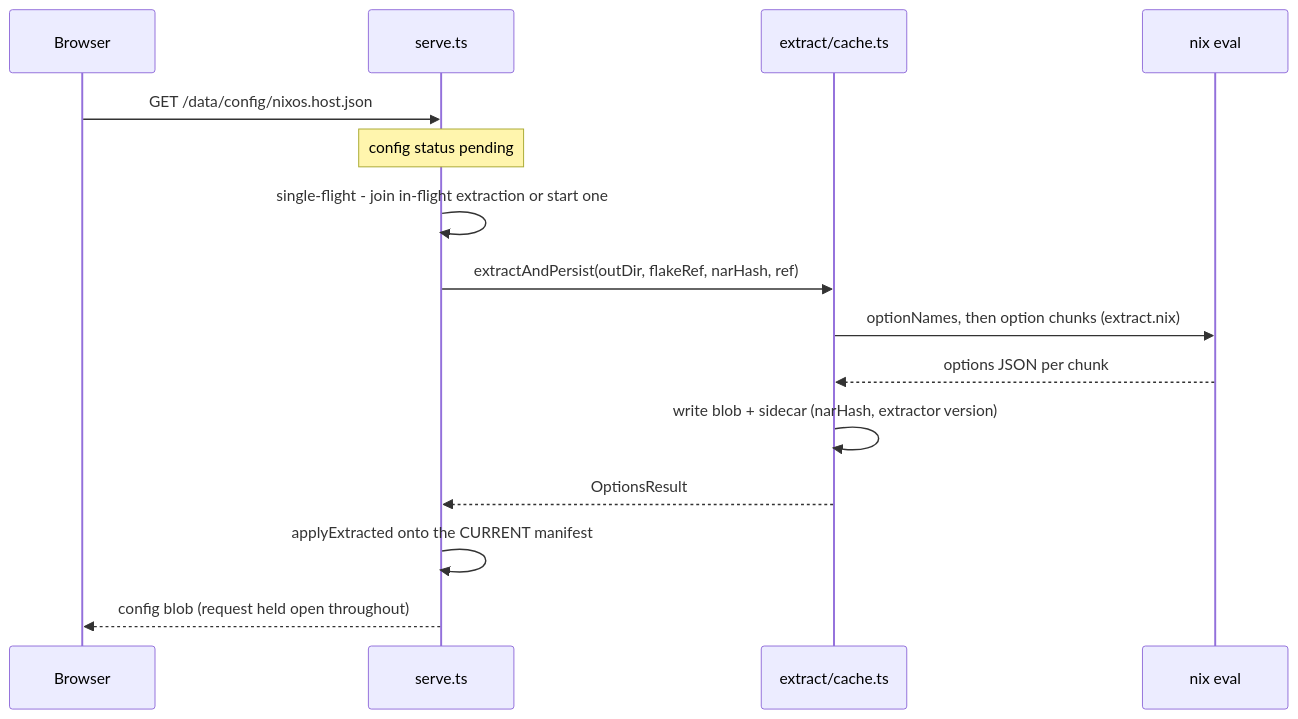
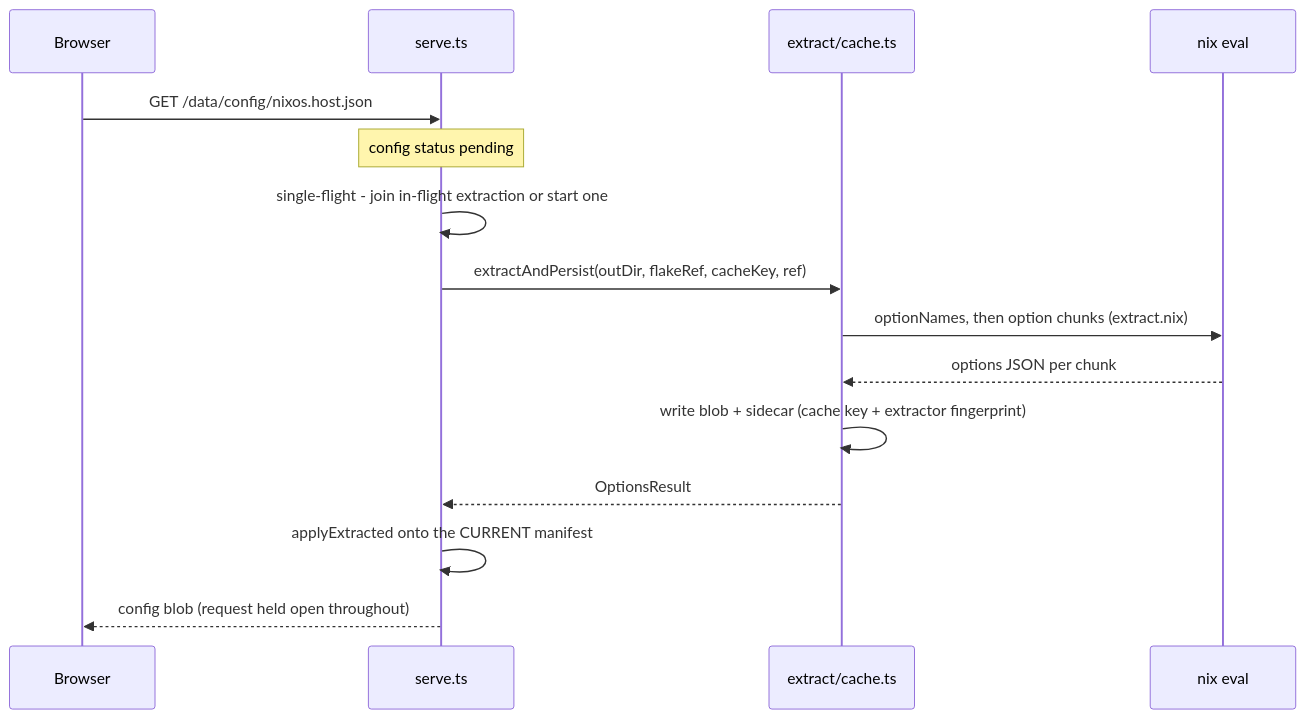
The diagram in docs/extraction-pipeline.md (kriswill/flake-explorer), drawn with Mermaid before and after one commit. The commit also changed other lines of this file and 10 other files, not shown here.

````diff
--- a/docs/extraction-pipeline.md
+++ b/docs/extraction-pipeline.md
@@ -9,18 +9,18 @@
 ```mermaid
 sequenceDiagram
   participant B as Browser
   participant S as serve.ts
   participant C as extract/cache.ts
   participant N as nix eval
 
   B->>S: GET /data/config/nixos.host.json
   Note over S: config status pending
   S->>S: single-flight - join in-flight extraction or start one
-  S->>C: extractAndPersist(outDir, flakeRef, narHash, ref)
+  S->>C: extractAndPersist(outDir, flakeRef, cacheKey, ref)
   C->>N: optionNames, then option chunks (extract.nix)
   N-->>C: options JSON per chunk
-  C->>C: write blob + sidecar (narHash, extractor version)
+  C->>C: write blob + sidecar (cache key + extractor fingerprint)
   C-->>S: OptionsResult
   S->>S: applyExtracted onto the CURRENT manifest
   S-->>B: config blob (request held open throughout)
 ```
````
